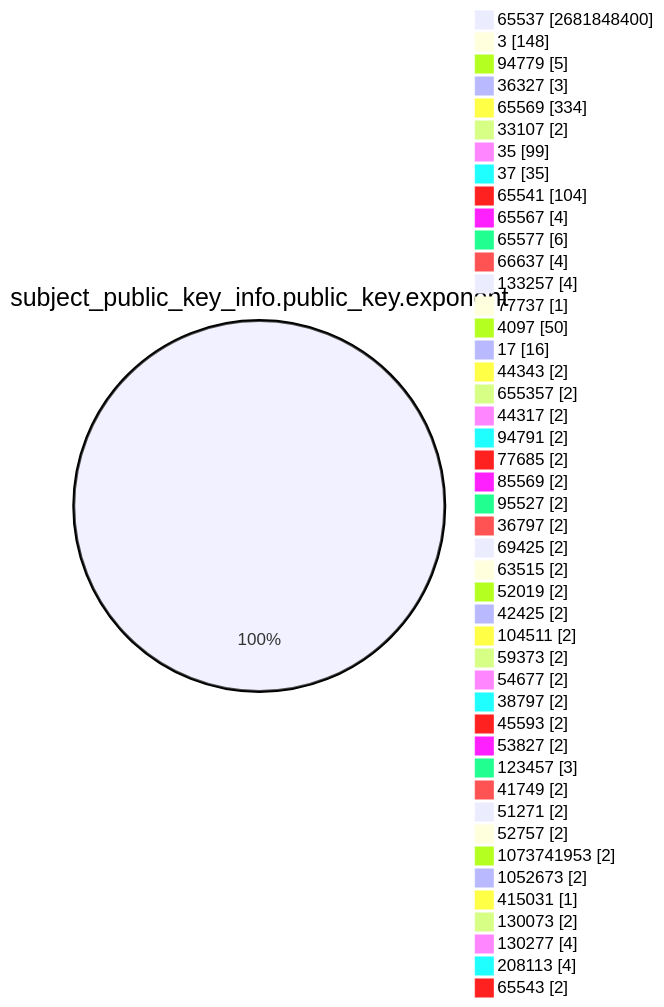
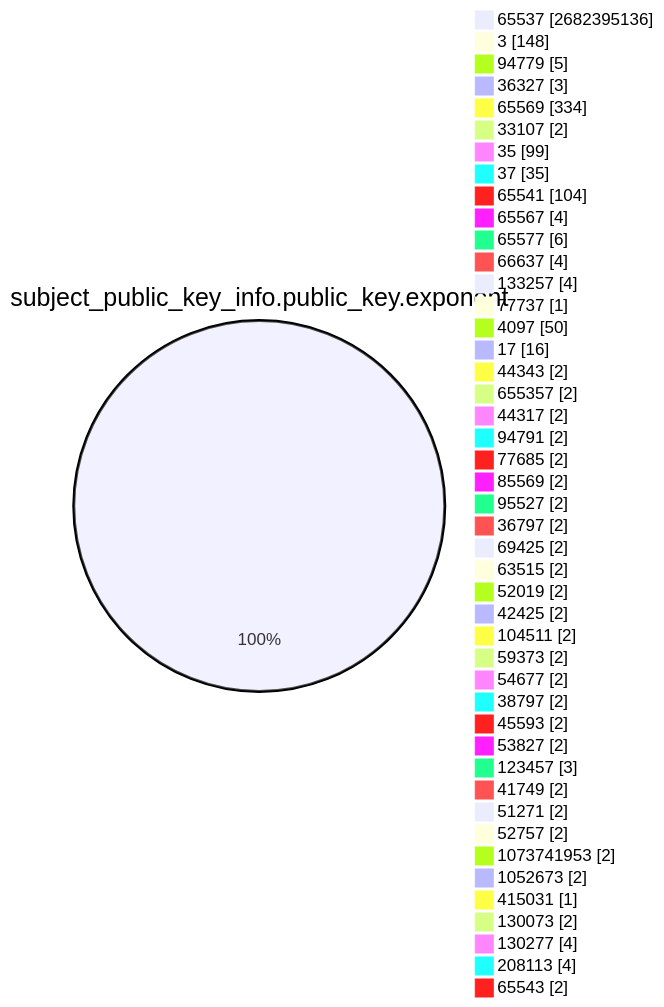
Before and after one commit to christiankrug/ctmonitor_visualization: the fourth of 15 diagrams in TOTAL/README.md, drawn with Mermaid. The commit also changed other lines of this file, not shown here.

````diff
--- a/TOTAL/README.md
+++ b/TOTAL/README.md
@@ -1466,49 +1466,49 @@
 ```mermaid
 pie showData
 title subject_public_key_info.public_key.exponent
-"65537" :2681848400
+"65537" :2682395136
 "3" :148
 "94779" :5
 "36327" :3
 "65569" :334
 "33107" :2
 "35" :99
 "37" :35
 "65541" :104
 "65567" :4
 "65577" :6
 "66637" :4
 "133257" :4
 "77737" :1
 "4097" :50
 "17" :16
 "44343" :2
 "655357" :2
 "44317" :2
 "94791" :2
 "77685" :2
 "85569" :2
 "95527" :2
 "36797" :2
 "69425" :2
 "63515" :2
 "52019" :2
 "42425" :2
 "104511" :2
 "59373" :2
 "54677" :2
 "38797" :2
 "45593" :2
 "53827" :2
 "123457" :3
 "41749" :2
 "51271" :2
 "52757" :2
 "1073741953" :2
 "1052673" :2
 "415031" :1
 "130073" :2
 "130277" :4
 "208113" :4
 "65543" :2
 ```
````
